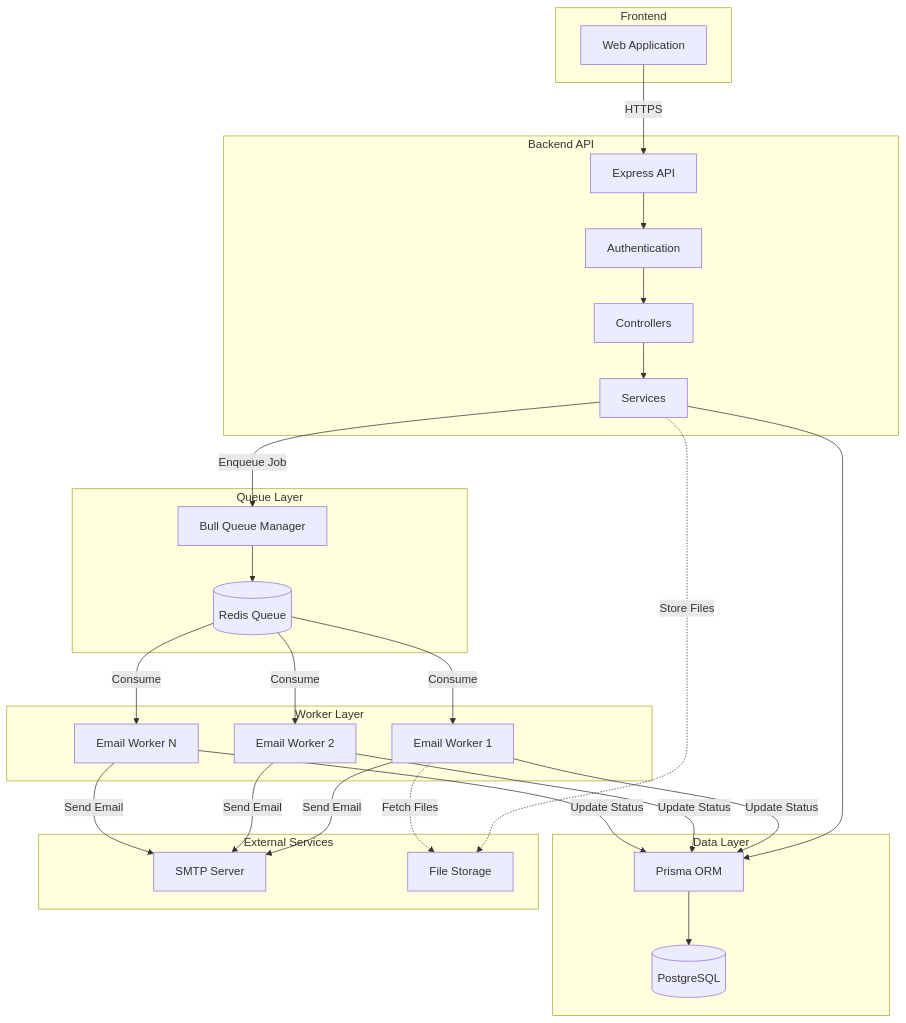
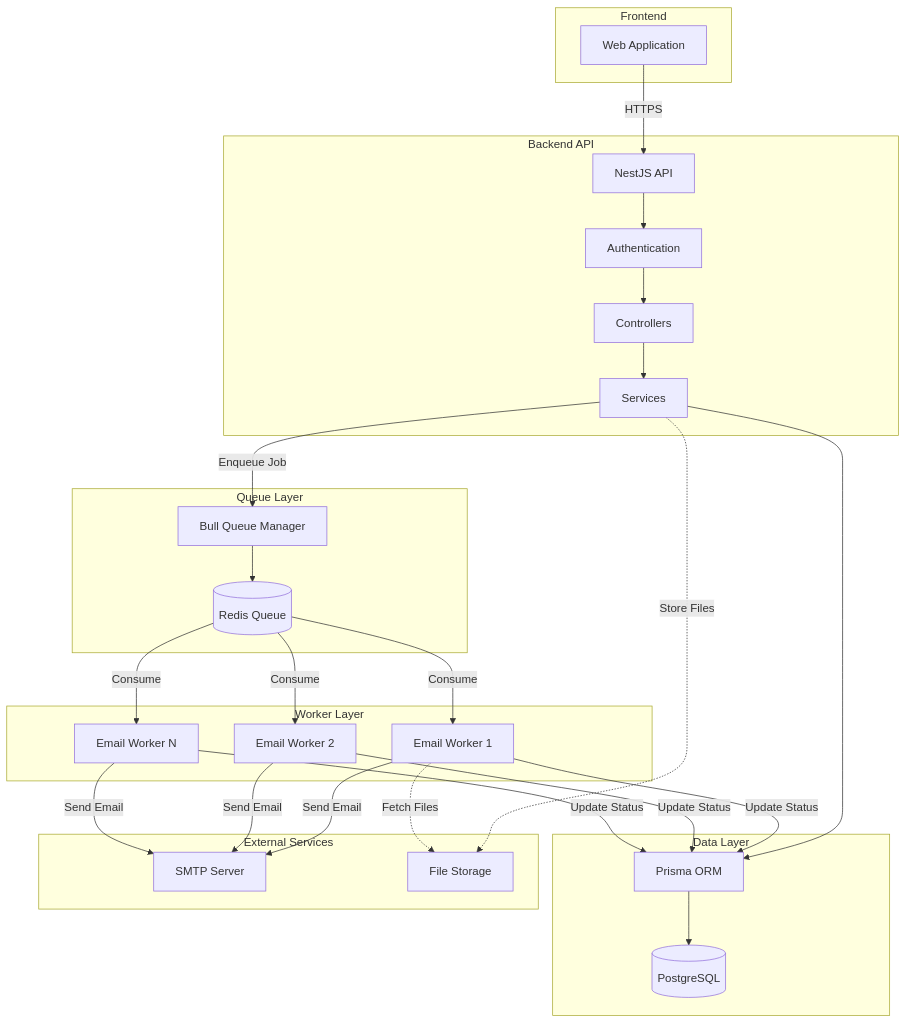
The first of 3 diagrams in docs/architecture/01-visao-geral-sistema.md (diogenesmendes01/email-gateway), drawn with Mermaid before and after one commit. The commit also changed other lines of this file and 2 other files, not shown here.

````diff
--- a/docs/architecture/01-visao-geral-sistema.md
+++ b/docs/architecture/01-visao-geral-sistema.md
@@ -43,54 +43,54 @@
 ```mermaid
 graph TB
     subgraph "Frontend"
         WEB[Web Application]
     end
 
     subgraph "Backend API"
-        API[Express API]
+        API[NestJS API]
         AUTH[Authentication]
         CTRL[Controllers]
         SVC[Services]
     end
 
     subgraph "Queue Layer"
         REDIS[(Redis Queue)]
         BULL[Bull Queue Manager]
     end
 
     subgraph "Worker Layer"
         WORKER1[Email Worker 1]
         WORKER2[Email Worker 2]
         WORKER3[Email Worker N]
     end
 
     subgraph "Data Layer"
         PG[(PostgreSQL)]
         PRISMA[Prisma ORM]
     end
 
     subgraph "External Services"
         SMTP[SMTP Server]
         STORAGE[File Storage]
     end
 
     WEB -->|HTTPS| API
     API --> AUTH
     AUTH --> CTRL
     CTRL --> SVC
     SVC --> PRISMA
     PRISMA --> PG
     SVC -->|Enqueue Job| BULL
     BULL --> REDIS
     REDIS -->|Consume| WORKER1
     REDIS -->|Consume| WORKER2
     REDIS -->|Consume| WORKER3
     WORKER1 -->|Send Email| SMTP
     WORKER2 -->|Send Email| SMTP
     WORKER3 -->|Send Email| SMTP
     WORKER1 -->|Update Status| PRISMA
     WORKER2 -->|Update Status| PRISMA
     WORKER3 -->|Update Status| PRISMA
     SVC -.->|Store Files| STORAGE
     WORKER1 -.->|Fetch Files| STORAGE
 ```
````
